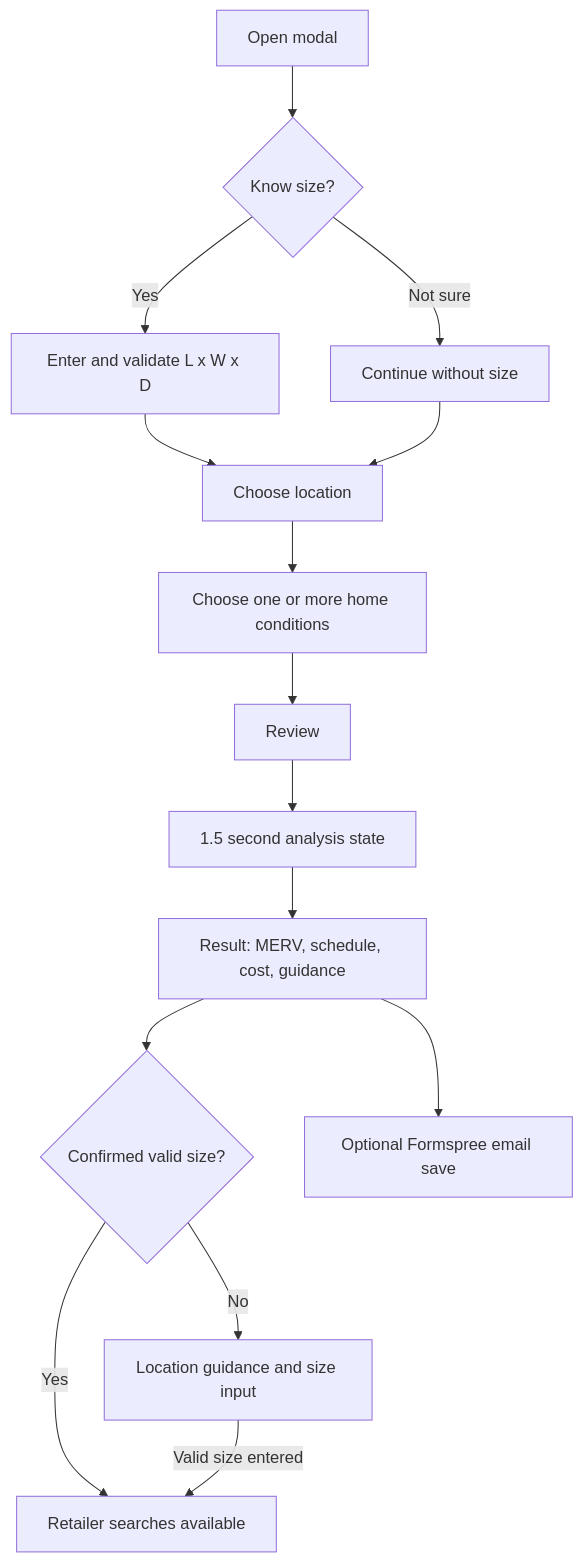
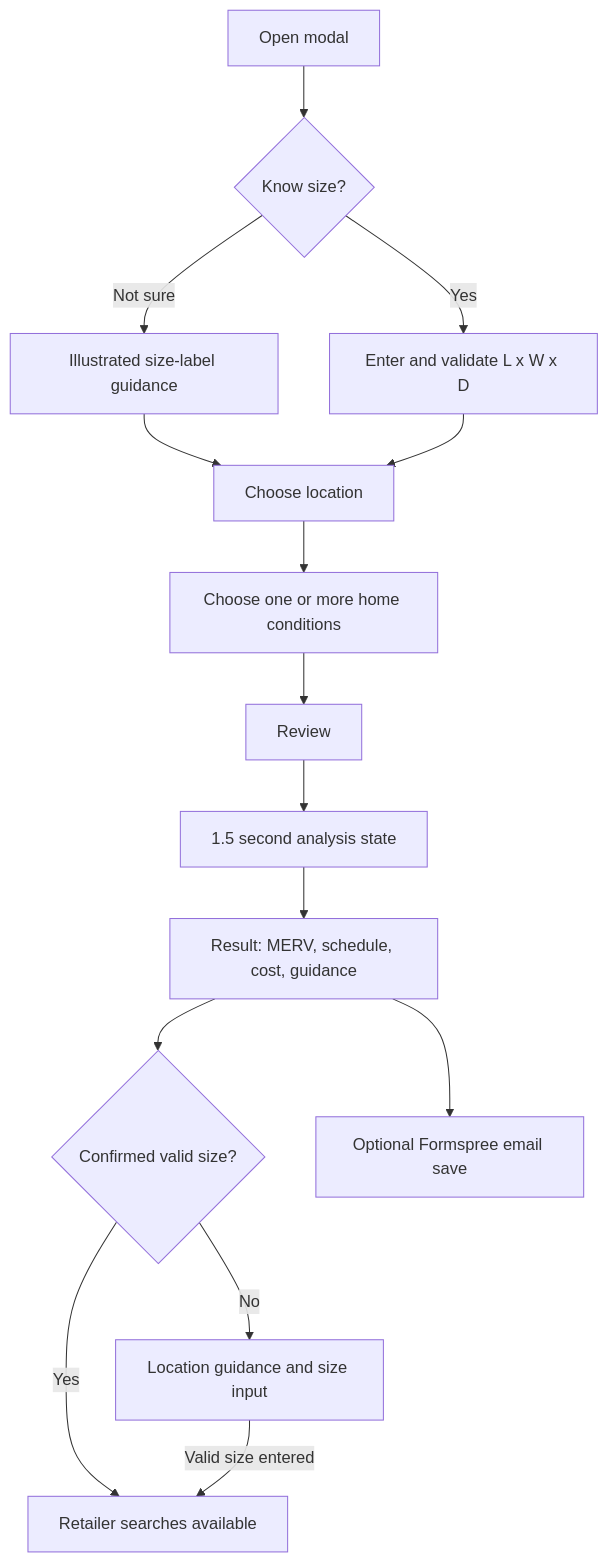
One commit to gageg123-de/FilterWizard changed the diagram in ai/FILTER_FINDER.md. Above: the diagram before and after it, drawn with Mermaid. The commit also changed other lines of this file and 6 other files, not shown here.

Commit message:
Add illustrated filter size guidance

````diff
--- a/ai/FILTER_FINDER.md
+++ b/ai/FILTER_FINDER.md
@@ -9,17 +9,17 @@
 ```mermaid
 flowchart TD
   A[Open modal] --> B{Know size?}
   B -->|Yes| C[Enter and validate L x W x D]
-  B -->|Not sure| D[Continue without size]
+  B -->|Not sure| D[Illustrated size-label guidance]
+  D --> E[Continue without size]
   C --> E[Choose location]
-  D --> E
   E --> F[Choose one or more home conditions]
   F --> G[Review]
   G --> H[1.5 second analysis state]
   H --> I[Result: MERV, schedule, cost, guidance]
   I --> J{Confirmed valid size?}
   J -->|Yes| K[Retailer searches available]
   J -->|No| L[Location guidance and size input]
   L -->|Valid size entered| K
   I --> M[Optional Formspree email save]
 ```
````
